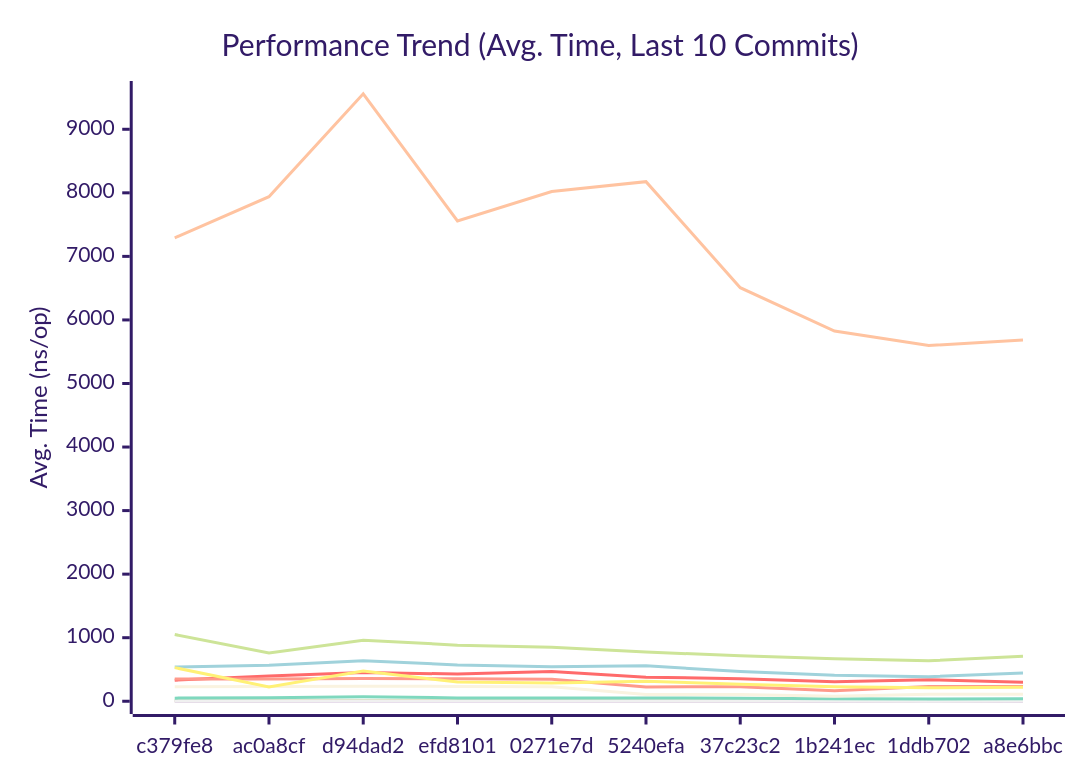
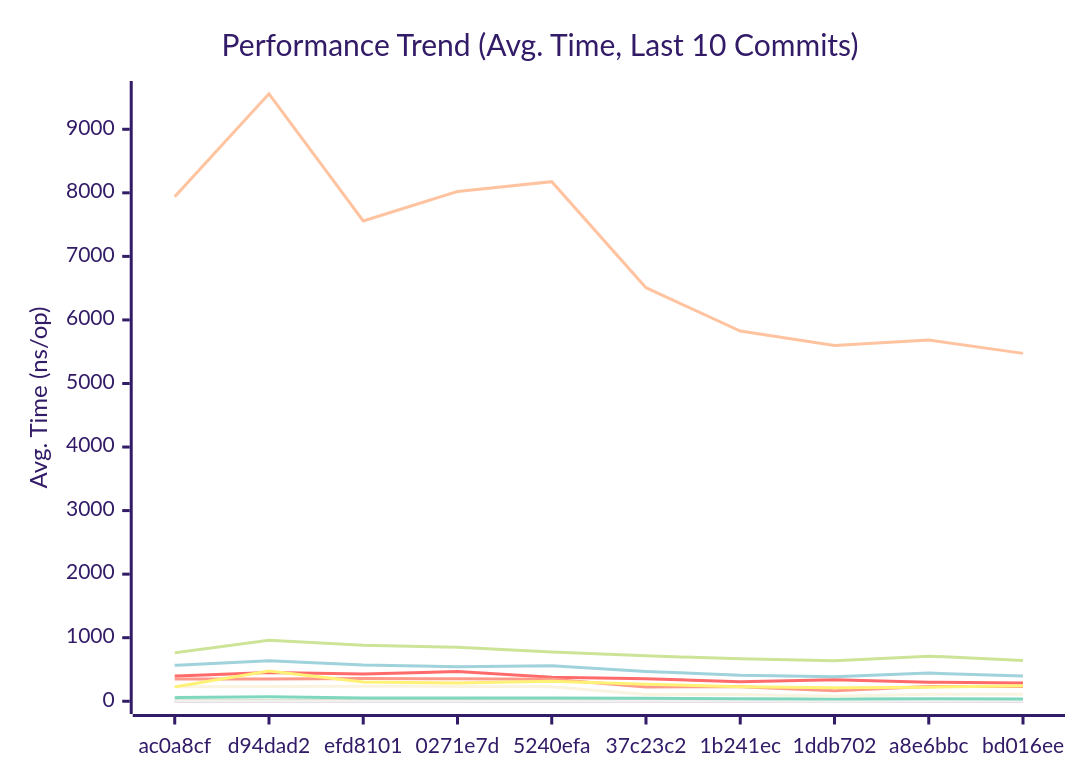
Before and after one commit to alsotoes/momo: the first of 3 diagrams in docs/PERFORMANCE.md, drawn with Mermaid (forest theme). The commit also changed other lines of this file and 3 other files, not shown here.

````diff
--- a/docs/PERFORMANCE.md
+++ b/docs/PERFORMANCE.md
@@ -128,18 +128,18 @@
 ```mermaid
 xychart-beta
     title "Performance Trend (Avg. Time, Last 10 Commits)"
     x-axis "Commit"
     y-axis "Avg. Time (ns/op)"
-    x-axis [c379fe8,ac0a8cf,d94dad2,efd8101,0271e7d,5240efa,37c23c2,1b241ec,1ddb702,a8e6bbc]
-    line "CheckMetricsAndSwap" [9,8,11,12,11,8,7,7,7,9]
-    line "CrushOptimized" [332,396,452,428,468,378,356,305,338,300]
-    line "CrushOriginal" [539,566,637,571,542,558,469,409,387,443]
-    line "IndexDirectTracking" [0,0,0,1,1,0,0,0,0,0]
-    line "IndexSearch" [3,2,2,2,2,2,2,2,1,2]
-    line "LoadGlobalConfig" [7292,7939,9559,7558,8021,8176,6507,5825,5598,5683]
-    line "PadString" [49,57,70,53,52,53,47,39,36,39]
+    x-axis [ac0a8cf,d94dad2,efd8101,0271e7d,5240efa,37c23c2,1b241ec,1ddb702,a8e6bbc,bd016ee]
+    line "CheckMetricsAndSwap" [8,11,12,11,8,7,7,7,9,8]
+    line "CrushOptimized" [396,452,428,468,378,356,305,338,300,289]
+    line "CrushOriginal" [566,637,571,542,558,469,409,387,443,396]
+    line "IndexDirectTracking" [0,0,1,1,0,0,0,0,0,0]
+    line "IndexSearch" [2,2,2,2,2,2,2,1,2,2]
+    line "LoadGlobalConfig" [7939,9559,7558,8021,8176,6507,5825,5598,5683,5474]
+    line "PadString" [57,70,53,52,53,47,39,36,39,36]
     line "ParseReplicationOrder_NoPrealloc" [350,349,357,354,345,225,229,165,232,234]
     line "ParseReplicationOrder_Prealloc" [229,231,237,234,229,108,107,80,110,109]
-    line "SanitizeLog/Safe" [529,226,474,303,288,316,266,229,212,222]
-    line "SanitizeLog/Unsafe" [1050,761,960,883,849,775,714,667,636,710]
+    line "SanitizeLog/Safe" [226,474,303,288,316,266,229,212,222,245]
+    line "SanitizeLog/Unsafe" [761,960,883,849,775,714,667,636,710,640]
 ```
````
